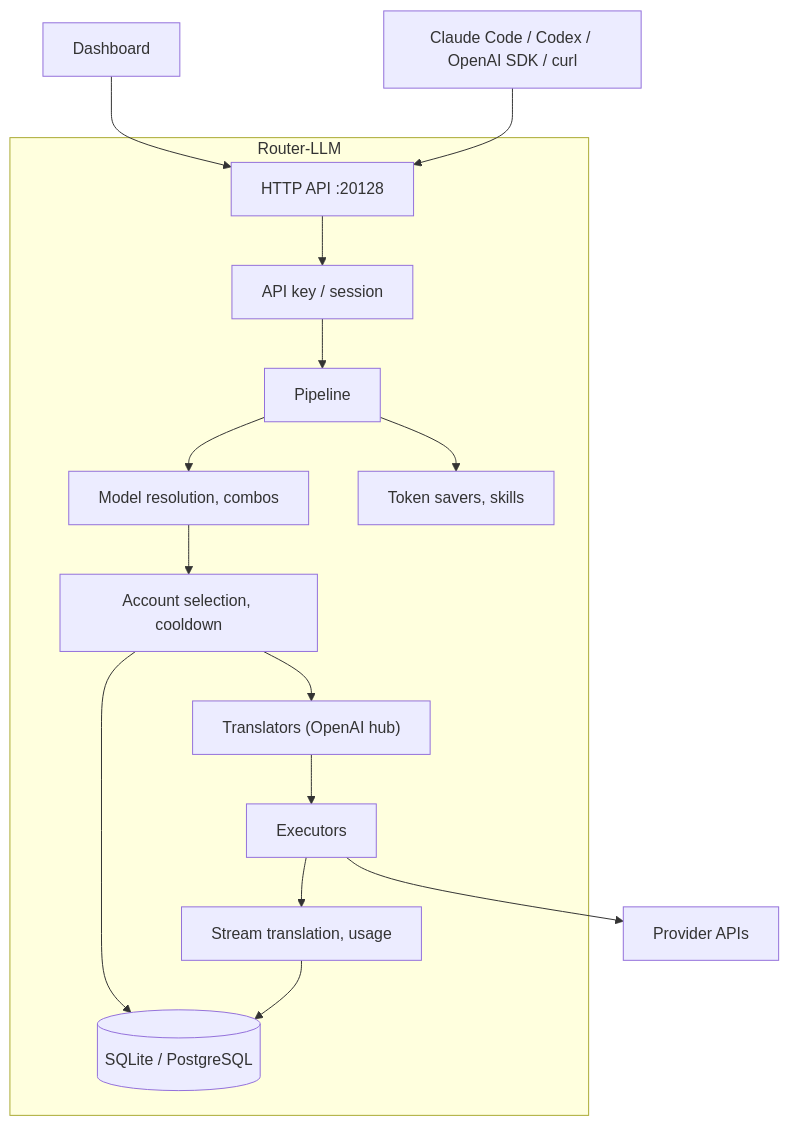
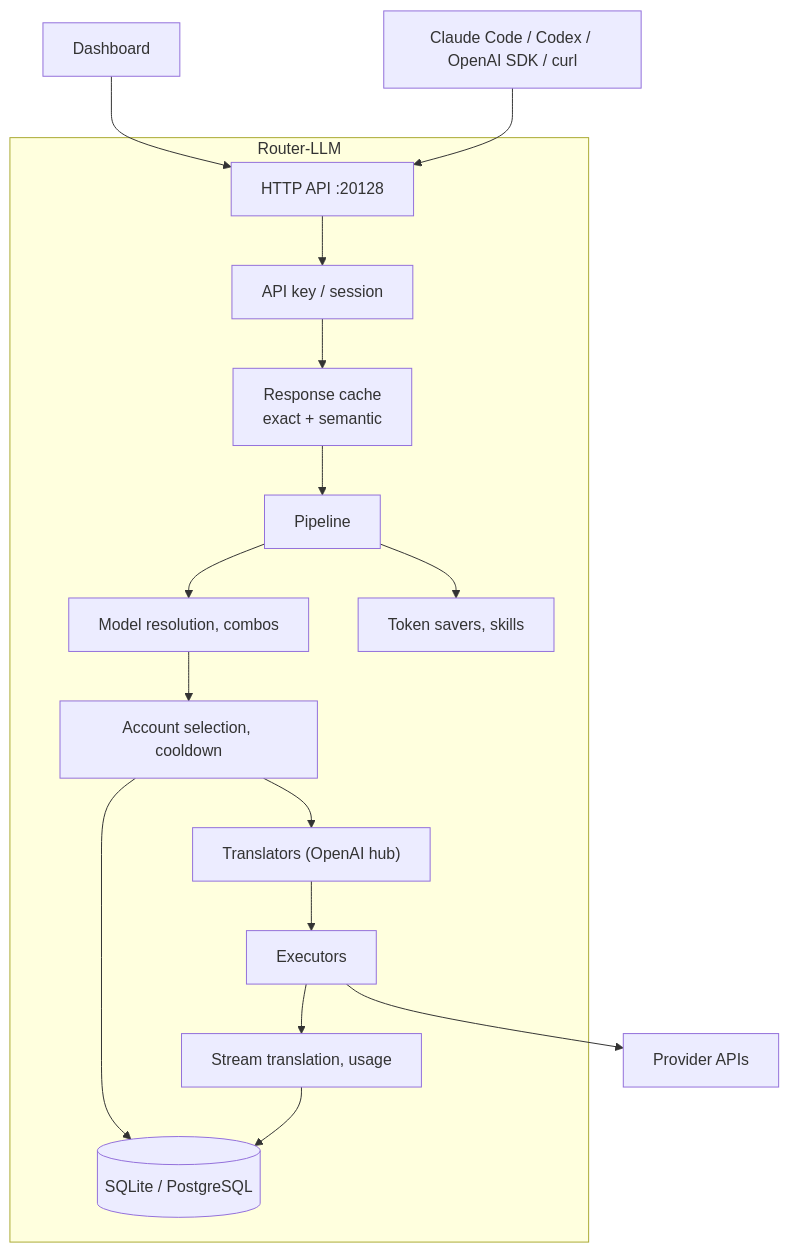
One commit to dimaskiddo/rllmx changed the diagram in README.md. Above: the diagram before and after it, drawn with Mermaid. The commit also changed other lines of this file and 132 other files, not shown here.

````diff
--- a/README.md
+++ b/README.md
@@ -47,20 +41,21 @@
 ```mermaid
 graph TD
     Client["Claude Code / Codex / OpenAI SDK / curl"] --> API["HTTP API :20128"]
     Browser["Dashboard"] --> API
 
     subgraph "Router-LLM"
         API --> Auth["API key / session"]
-        Auth --> Pipe["Pipeline"]
+        Auth --> Cache["Response cache<br/>exact + semantic"]
+        Cache --> Pipe["Pipeline"]
         Pipe --> Combo["Model resolution, combos"]
         Combo --> Acct["Account selection, cooldown"]
         Acct --> Tr["Translators (OpenAI hub)"]
         Tr --> Exec["Executors"]
         Exec --> Stream["Stream translation, usage"]
         Pipe --> Skills["Token savers, skills"]
         Stream --> Store[("SQLite / PostgreSQL")]
         Acct --> Store
     end
 
     Exec --> Up["Provider APIs"]
 ```
````
